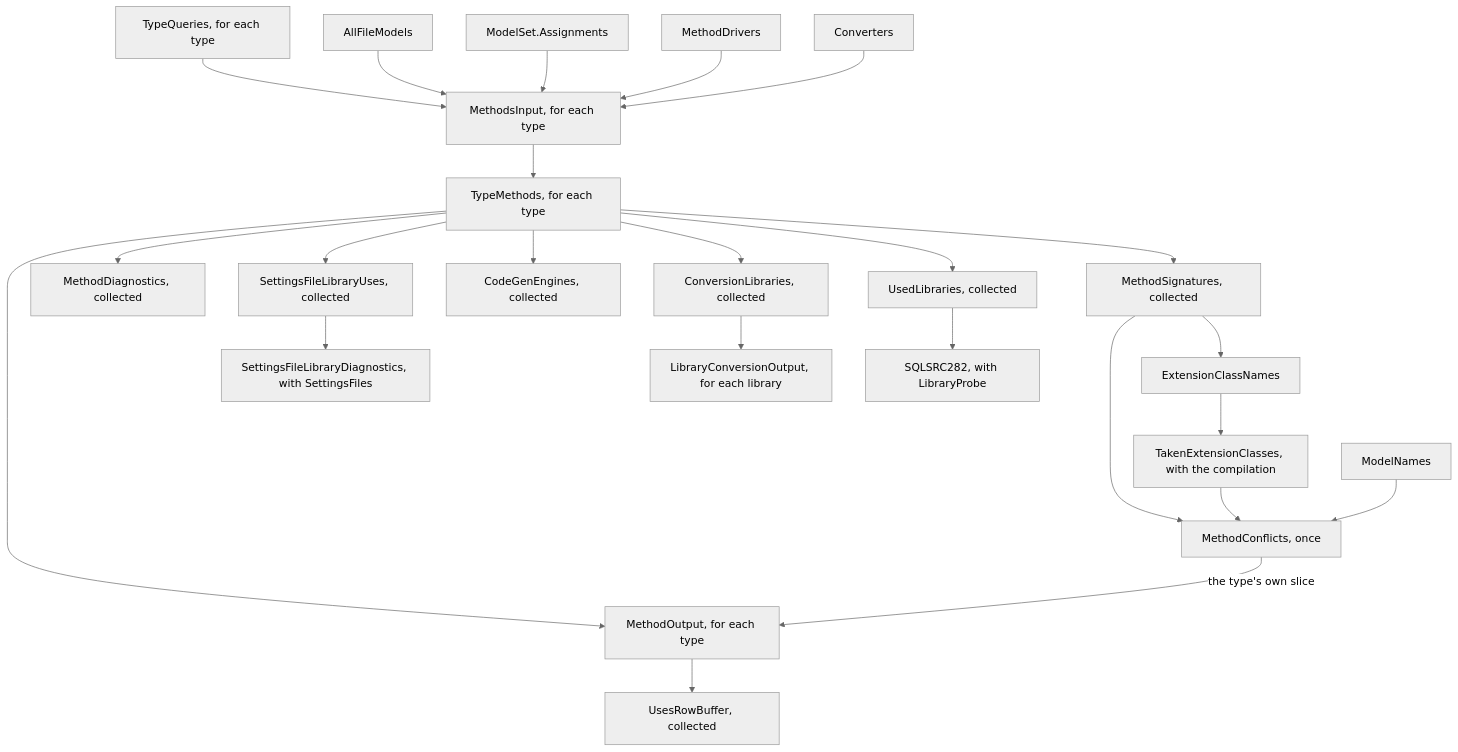
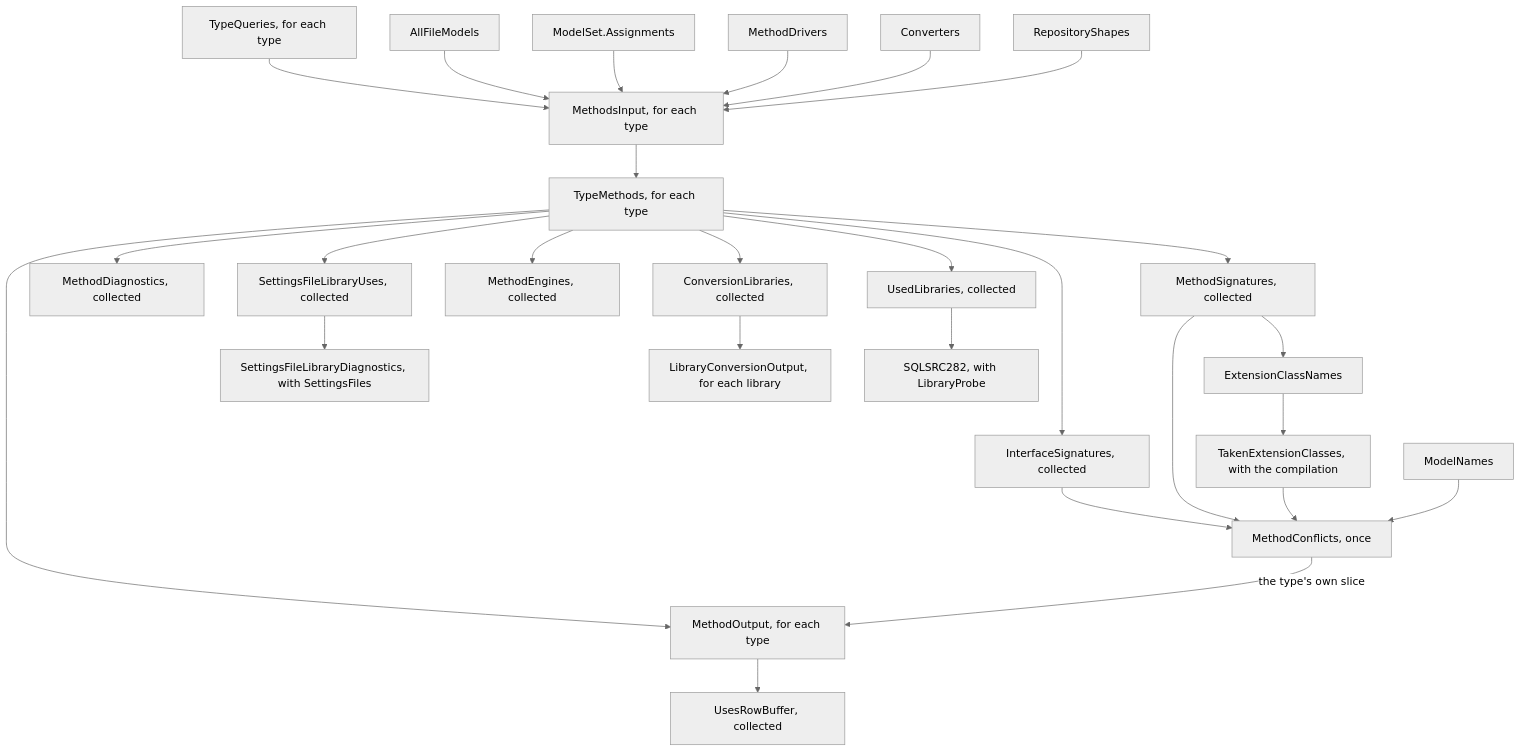
Before and after one commit to mbcrawfo/SqlSource: the third of 3 diagrams in docs/architecture/generator.md, drawn with Mermaid (neutral theme). The commit also changed other lines of this file and 331 other files, not shown here.

````diff
--- a/docs/architecture/generator.md
+++ b/docs/architecture/generator.md
@@ -601,26 +611,29 @@
 ```mermaid
 flowchart TD
     typeQueries["TypeQueries, for each type"] --> input["MethodsInput, for each type"]
     all["AllFileModels"] --> input
     assignments["ModelSet.Assignments"] --> input
     drivers["MethodDrivers"] --> input
     converters["Converters"] --> input
+    shapes["RepositoryShapes"] --> input
     input --> plan["TypeMethods, for each type"]
     plan --> signatures["MethodSignatures, collected"]
     signatures --> classes["ExtensionClassNames"]
+    plan --> interfaces["InterfaceSignatures, collected"]
+    interfaces --> conflicts
     classes --> taken["TakenExtensionClasses, with the compilation"]
     signatures --> conflicts["MethodConflicts, once"]
     taken --> conflicts
     modelNames["ModelNames"] --> conflicts
     plan --> output["MethodOutput, for each type"]
     conflicts -->|"the type's own slice"| output
     output --> rowBuffer["UsesRowBuffer, collected"]
     plan --> diagnostics["MethodDiagnostics, collected"]
     plan --> libraryUses["SettingsFileLibraryUses, collected"]
     libraryUses --> located["SettingsFileLibraryDiagnostics, with SettingsFiles"]
-    plan --> engines["CodeGenEngines, collected"]
+    plan --> engines["MethodEngines, collected"]
     plan --> libraries["ConversionLibraries, collected"]
     libraries --> conversions["LibraryConversionOutput, for each library"]
     plan --> used["UsedLibraries, collected"]
     used --> floor["SQLSRC282, with LibraryProbe"]
 ```
````
